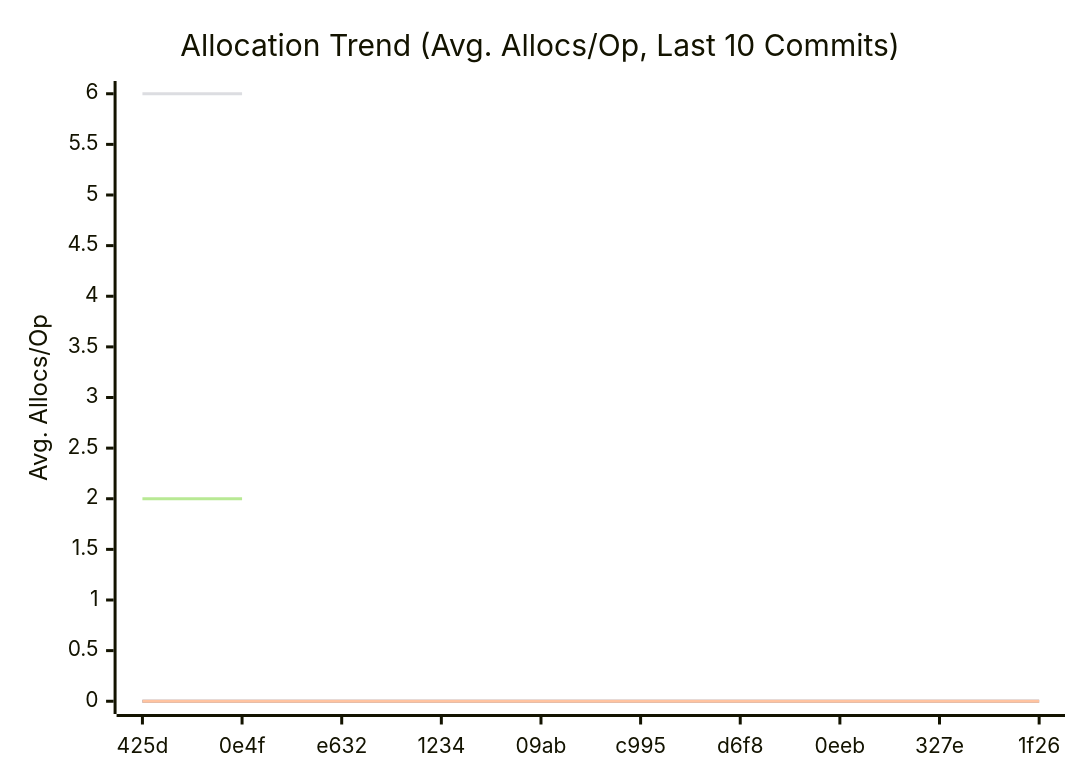
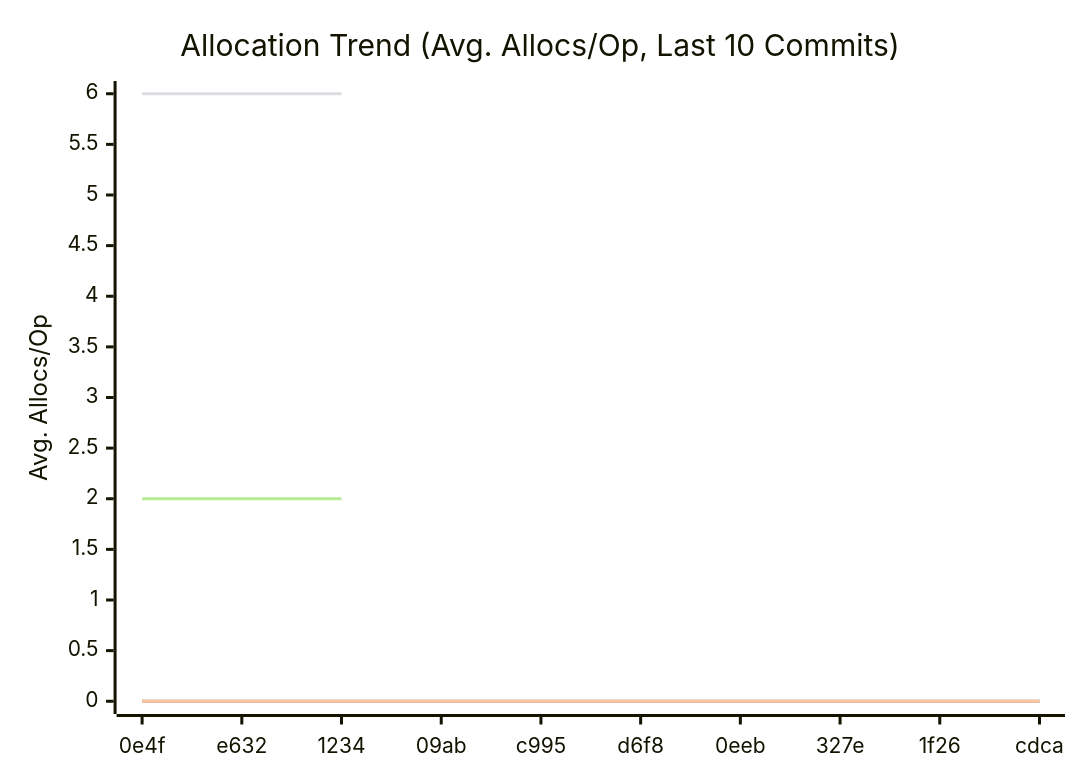
Before and after one commit to alsotoes/momo: the third of 3 diagrams in doc/README.md, drawn with Mermaid. The commit also changed other lines of this file and 1 other file, not shown here.

````diff
--- a/doc/README.md
+++ b/doc/README.md
@@ -322,12 +322,12 @@
 ```mermaid
 xychart-beta
     title "Allocation Trend (Avg. Allocs/Op, Last 10 Commits)"
     x-axis "Commit"
     y-axis "Avg. Allocs/Op"
-    x-axis [425d,0e4f,e632,1234,09ab,c995,d6f8,0eeb,327e,1f26]
+    x-axis [0e4f,e632,1234,09ab,c995,d6f8,0eeb,327e,1f26,cdca]
     line "CheckMetricsAndSwap" [0,0,0,0,0,0,0,0,0,0]
     line "IndexDirectTracking" [0,0,0,0,0,0,0,0,0,0]
     line "IndexSearch" [0,0,0,0,0,0,0,0,0,0]
-    line "ParseReplicationOrder_NoPrealloc" [6,6]
-    line "ParseReplicationOrder_Prealloc" [2,2]
+    line "ParseReplicationOrder_NoPrealloc" [6,6,6]
+    line "ParseReplicationOrder_Prealloc" [2,2,2]
 ```
````
